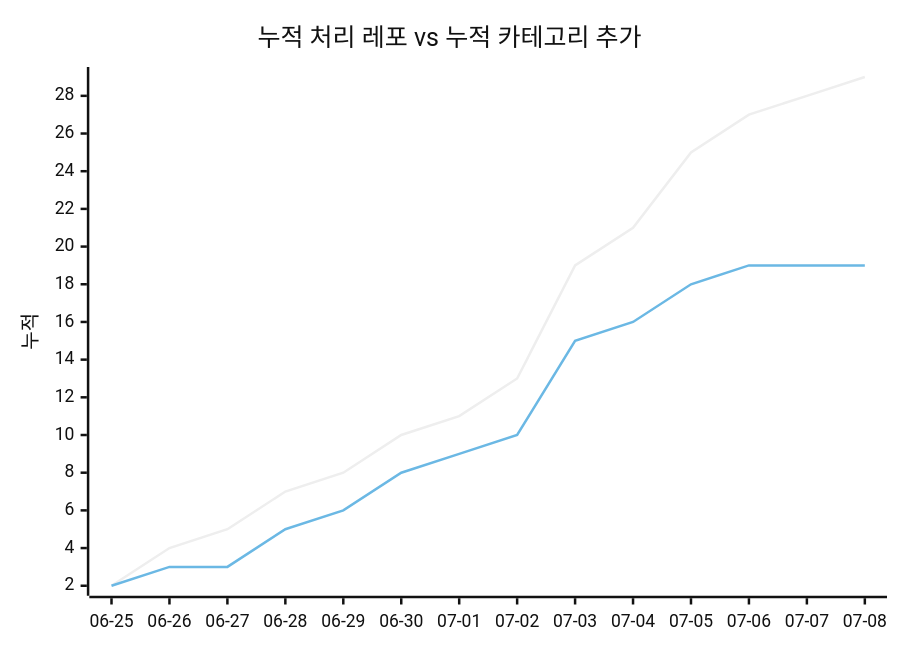
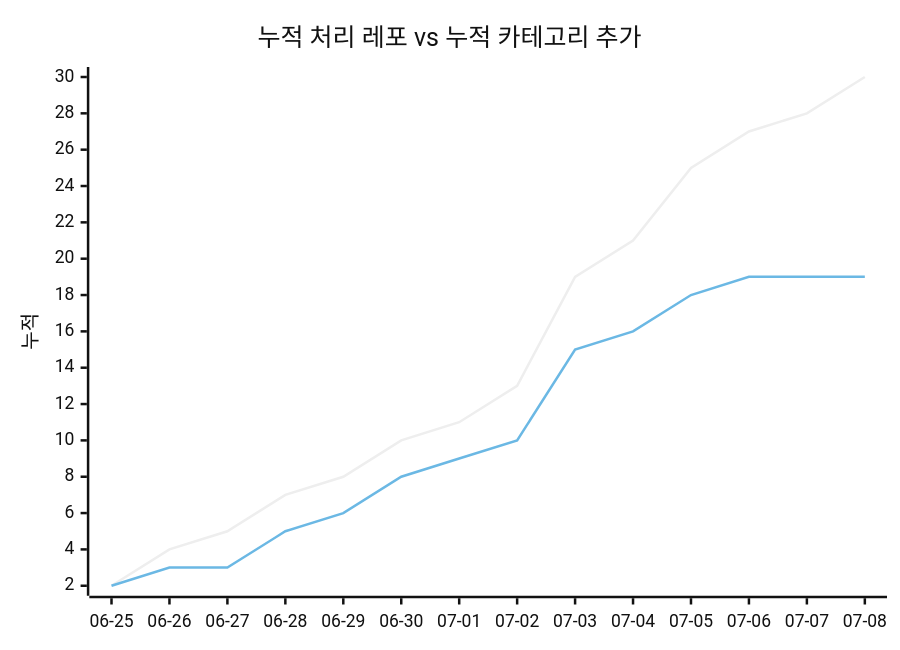
The second of 2 diagrams in docs/trends.md (J-nowcow/awesome-korean-agent-skills), drawn with Mermaid (neutral theme) before and after one commit. The commit also changed other lines of this file and 2 other files, not shown here.

````diff
--- a/docs/trends.md
+++ b/docs/trends.md
@@ -68,8 +68,8 @@
 ```mermaid
 xychart-beta
     title "누적 처리 레포 vs 누적 카테고리 추가"
     x-axis ["06-25","06-26","06-27","06-28","06-29","06-30","07-01","07-02","07-03","07-04","07-05","07-06","07-07","07-08"]
     y-axis "누적"
-    line [2,4,5,7,8,10,11,13,19,21,25,27,28,29]
+    line [2,4,5,7,8,10,11,13,19,21,25,27,28,30]
     line [2,3,3,5,6,8,9,10,15,16,18,19,19,19]
 ```
````
